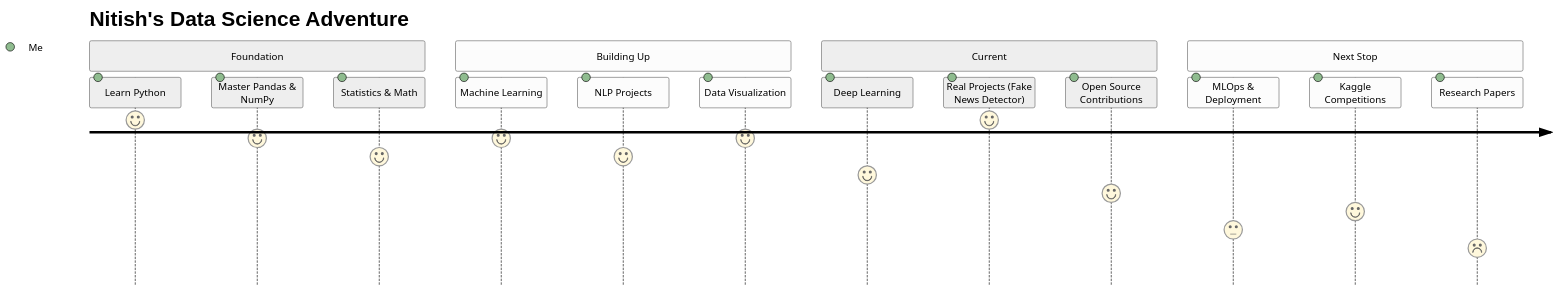
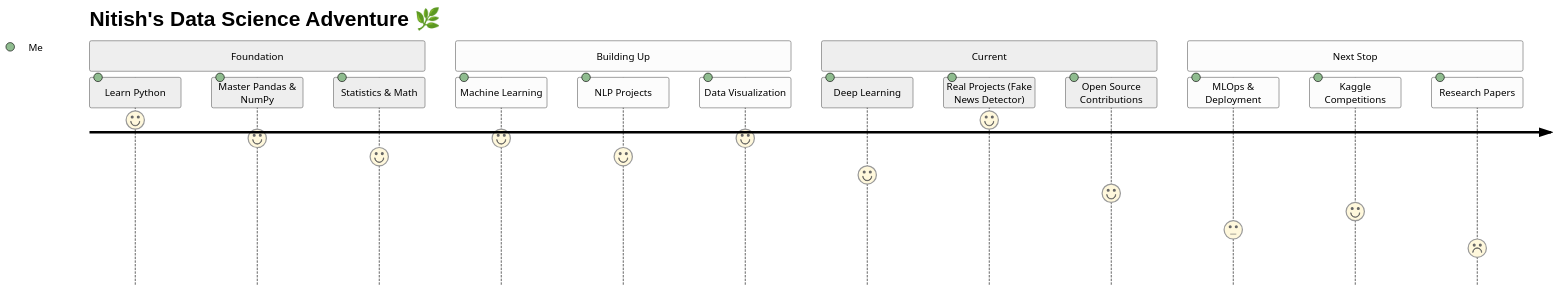
Before and after one commit to NitishKumar-ai/NitishKumar-ai: the diagram in README.md, drawn with Mermaid (neutral theme). The commit also changed other lines of this file, not shown here.

````diff
--- a/README.md
+++ b/README.md
@@ -185,20 +158,20 @@
 ```mermaid
 journey
-    title Nitish's Data Science Adventure
+    title Nitish's Data Science Adventure 🌿
     section Foundation
       Learn Python: 9: Me
       Master Pandas & NumPy: 8: Me
       Statistics & Math: 7: Me
     section Building Up
       Machine Learning: 8: Me
       NLP Projects: 7: Me
       Data Visualization: 8: Me
     section Current
       Deep Learning: 6: Me
       Real Projects (Fake News Detector): 9: Me
       Open Source Contributions: 5: Me
     section Next Stop
       MLOps & Deployment: 3: Me
       Kaggle Competitions: 4: Me
       Research Papers: 2: Me
 ```
````
